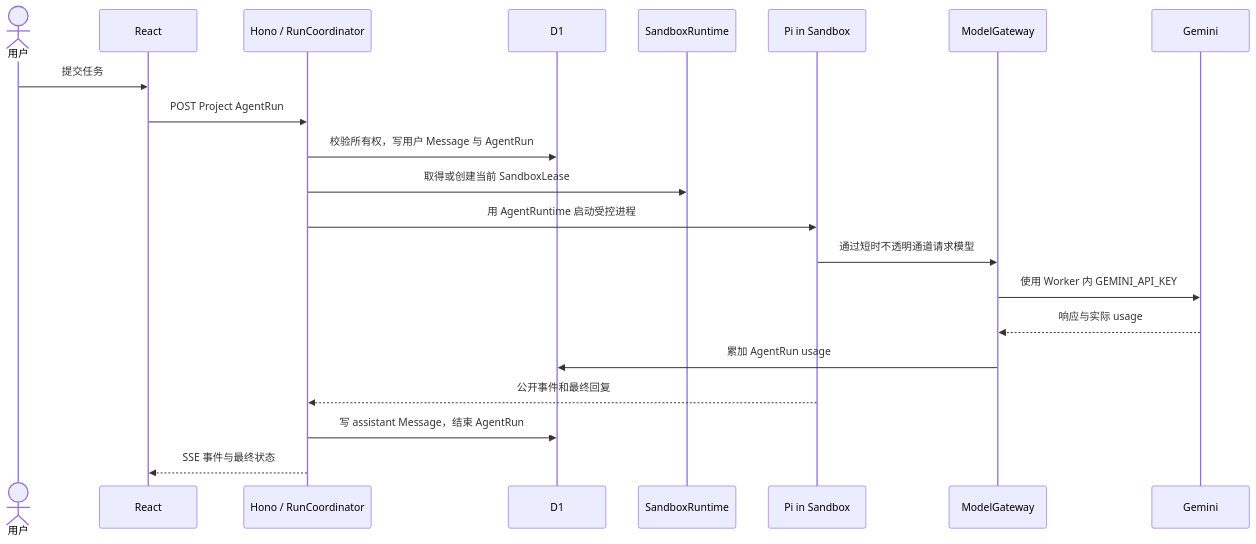
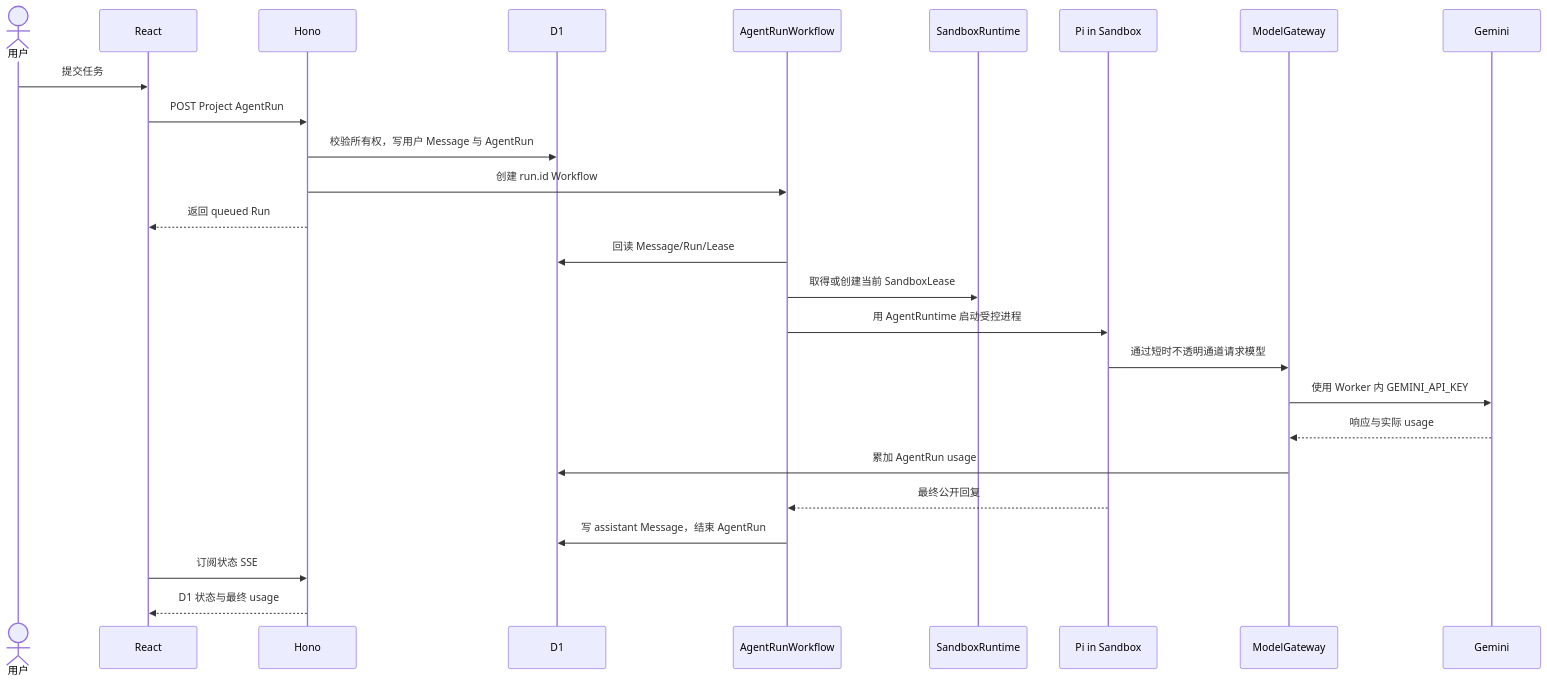
Before and after one commit to DeyunMa/agent-online: the second of 2 diagrams in docs/architecture/01-system-overview.md, drawn with Mermaid. The commit also changed other lines of this file and 69 other files, not shown here.

````diff
--- a/docs/architecture/01-system-overview.md
+++ b/docs/architecture/01-system-overview.md
@@ -74,24 +75,29 @@
 ```mermaid
 sequenceDiagram
     actor User as 用户
     participant UI as React
-    participant API as Hono / RunCoordinator
+    participant API as Hono
     participant DB as D1
+    participant WF as AgentRunWorkflow
     participant SR as SandboxRuntime
     participant AG as Pi in Sandbox
     participant MG as ModelGateway
     participant GM as Gemini
 
     User->>UI: 提交任务
     UI->>API: POST Project AgentRun
     API->>DB: 校验所有权，写用户 Message 与 AgentRun
-    API->>SR: 取得或创建当前 SandboxLease
-    API->>AG: 用 AgentRuntime 启动受控进程
+    API->>WF: 创建 run.id Workflow
+    API-->>UI: 返回 queued Run
+    WF->>DB: 回读 Message/Run/Lease
+    WF->>SR: 取得或创建当前 SandboxLease
+    WF->>AG: 用 AgentRuntime 启动受控进程
     AG->>MG: 通过短时不透明通道请求模型
     MG->>GM: 使用 Worker 内 GEMINI_API_KEY
     GM-->>MG: 响应与实际 usage
     MG->>DB: 累加 AgentRun usage
-    AG-->>API: 公开事件和最终回复
-    API->>DB: 写 assistant Message，结束 AgentRun
-    API-->>UI: SSE 事件与最终状态
+    AG-->>WF: 最终公开回复
+    WF->>DB: 写 assistant Message，结束 AgentRun
+    UI->>API: 订阅状态 SSE
+    API-->>UI: D1 状态与最终 usage
 ```
````
